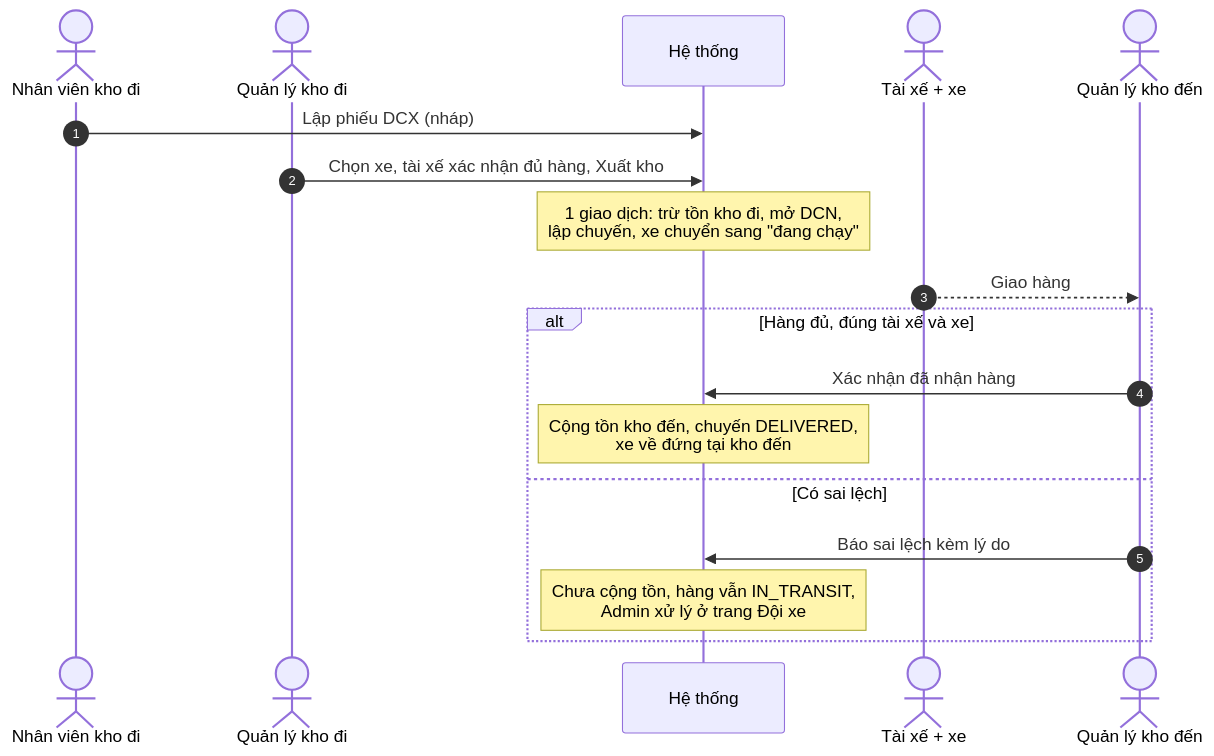
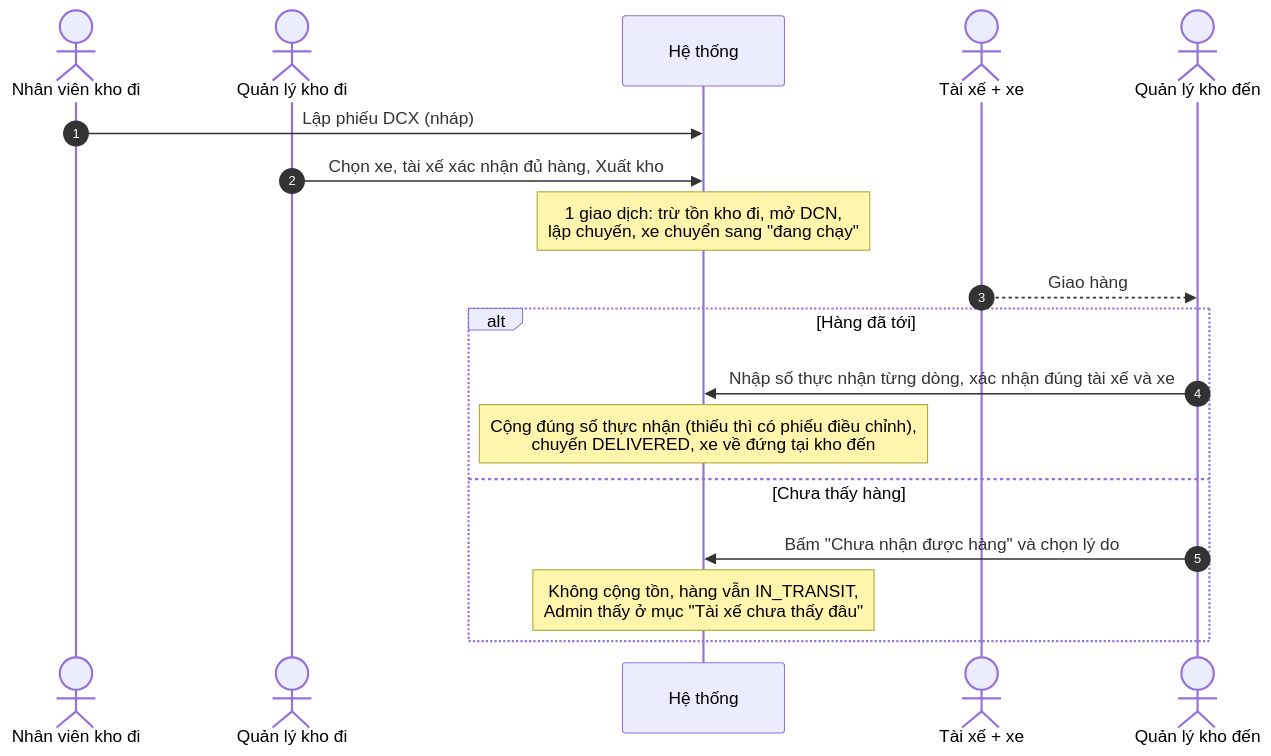
One commit to buivanchuong9/PTPMMNM-CNTT-1811-NHOM-2 changed the second of 5 diagrams in README.md. Above: the diagram before and after it, drawn with Mermaid. The commit also changed other lines of this file and 34 other files, not shown here.

Commit message:
Cập nhật thông báo, báo tài xế, form điều chuyển

````diff
--- a/README.md
+++ b/README.md
@@ -209,21 +209,21 @@
 ```mermaid
 sequenceDiagram
     autonumber
     actor NV as Nhân viên kho đi
     actor QL as Quản lý kho đi
     participant H as Hệ thống
     actor TX as Tài xế + xe
     actor QD as Quản lý kho đến
 
     NV->>H: Lập phiếu DCX (nháp)
     QL->>H: Chọn xe, tài xế xác nhận đủ hàng, Xuất kho
     Note over H: 1 giao dịch: trừ tồn kho đi, mở DCN,<br/>lập chuyến, xe chuyển sang "đang chạy"
     TX-->>QD: Giao hàng
-    alt Hàng đủ, đúng tài xế và xe
-        QD->>H: Xác nhận đã nhận hàng
-        Note over H: Cộng tồn kho đến, chuyến DELIVERED,<br/>xe về đứng tại kho đến
-    else Có sai lệch
-        QD->>H: Báo sai lệch kèm lý do
-        Note over H: Chưa cộng tồn, hàng vẫn IN_TRANSIT,<br/>Admin xử lý ở trang Đội xe
+    alt Hàng đã tới
+        QD->>H: Nhập số thực nhận từng dòng, xác nhận đúng tài xế và xe
+        Note over H: Cộng đúng số thực nhận (thiếu thì có phiếu điều chỉnh),<br/>chuyến DELIVERED, xe về đứng tại kho đến
+    else Chưa thấy hàng
+        QD->>H: Bấm "Chưa nhận được hàng" và chọn lý do
+        Note over H: Không cộng tồn, hàng vẫn IN_TRANSIT,<br/>Admin thấy ở mục "Tài xế chưa thấy đâu"
     end
 ```
````
